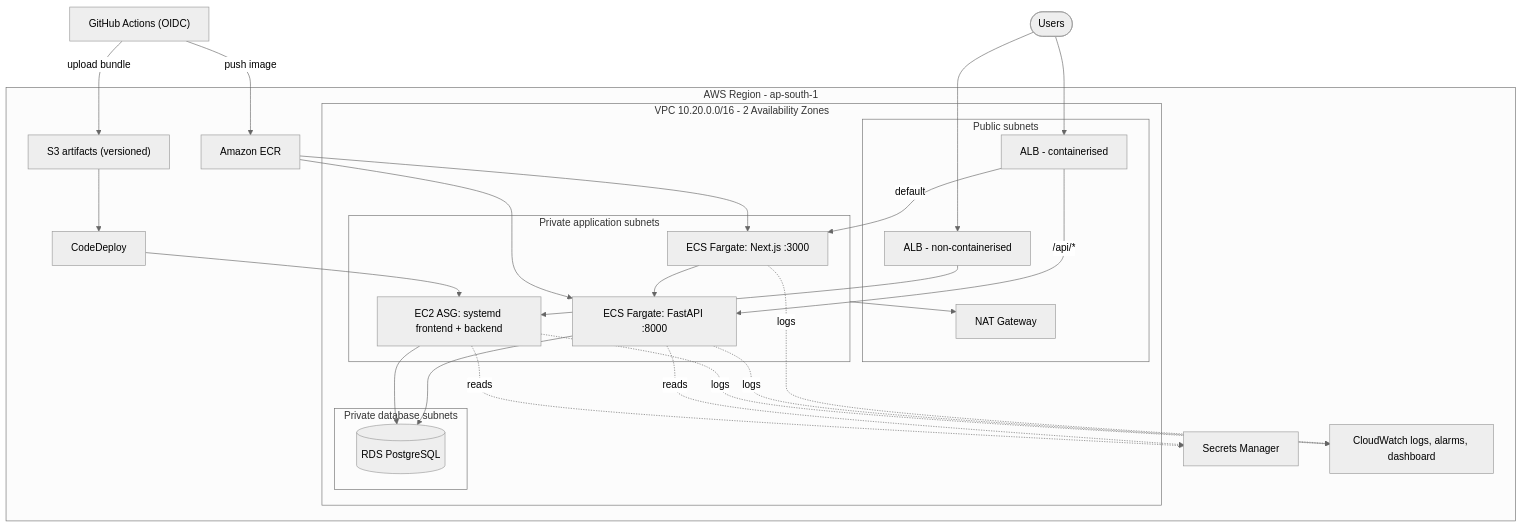
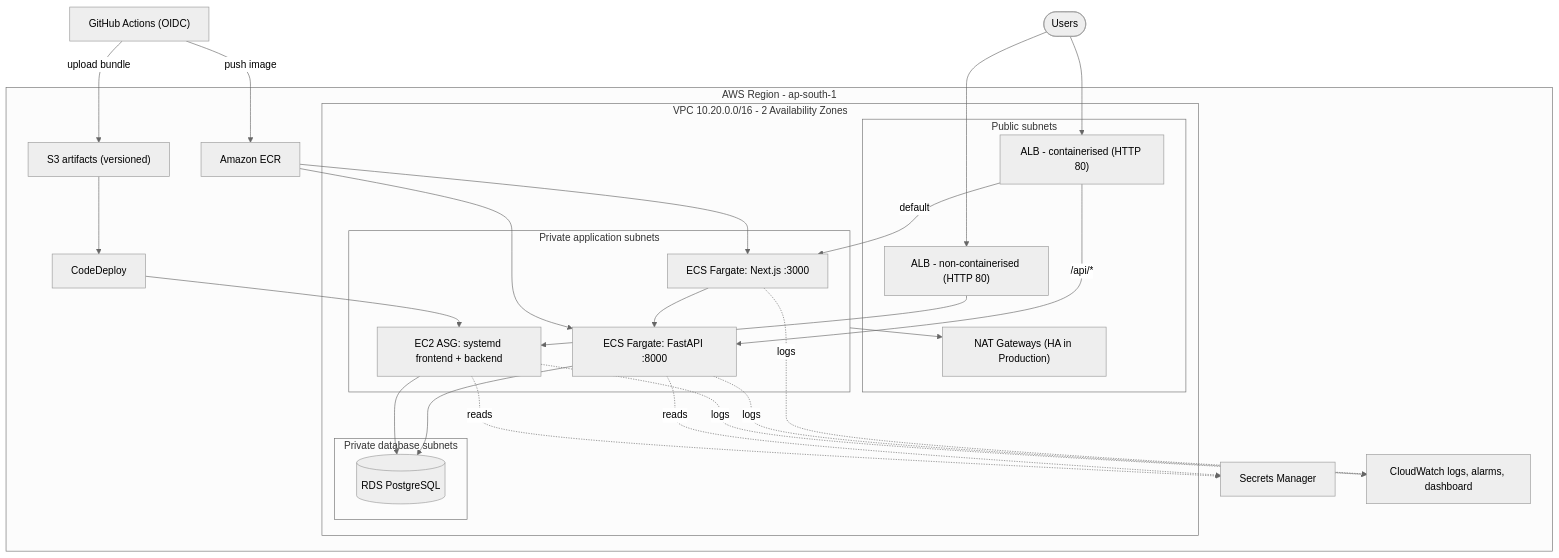
Before and after one commit to komal133/coditude-devops-assessment: the diagram in docs/architecture-diagram.md, drawn with Mermaid (neutral theme). The commit also changed other lines of this file and 2 other files, not shown here.

Commit message:
Update architecture documentation and diagram

````diff
--- a/docs/architecture-diagram.md
+++ b/docs/architecture-diagram.md
@@ -6,50 +6,50 @@
 ```mermaid
 flowchart TB
   user([Users])
 
   subgraph AWS["AWS Region - ap-south-1"]
     subgraph VPC["VPC 10.20.0.0/16 - 2 Availability Zones"]
       subgraph PUB["Public subnets"]
-        ALB1["ALB - containerised"]
-        ALB2["ALB - non-containerised"]
-        NAT["NAT Gateway"]
+        ALB1["ALB - containerised (HTTP 80)"]
+        ALB2["ALB - non-containerised (HTTP 80)"]
+        NAT["NAT Gateways (HA in Production)"]
       end
       subgraph APP["Private application subnets"]
         FE["ECS Fargate: Next.js :3000"]
         BE["ECS Fargate: FastAPI :8000"]
         EC2["EC2 ASG: systemd frontend + backend"]
       end
       subgraph DB["Private database subnets"]
         RDS[("RDS PostgreSQL")]
       end
     end
     ECR["Amazon ECR"]
     SM["Secrets Manager"]
     CW["CloudWatch logs, alarms, dashboard"]
     S3["S3 artifacts (versioned)"]
     CD["CodeDeploy"]
   end
 
   GH["GitHub Actions (OIDC)"]
 
   user --> ALB1
   user --> ALB2
   ALB1 -->|default| FE
   ALB1 -->|/api/*| BE
   ALB2 --> EC2
   FE --> BE
   BE --> RDS
   EC2 --> RDS
   BE -.reads.-> SM
   EC2 -.reads.-> SM
   GH -->|push image| ECR
   ECR --> FE
   ECR --> BE
   GH -->|upload bundle| S3
   S3 --> CD
   CD --> EC2
   FE -.logs.-> CW
   BE -.logs.-> CW
   EC2 -.logs.-> CW
   APP --> NAT
 ```
````
